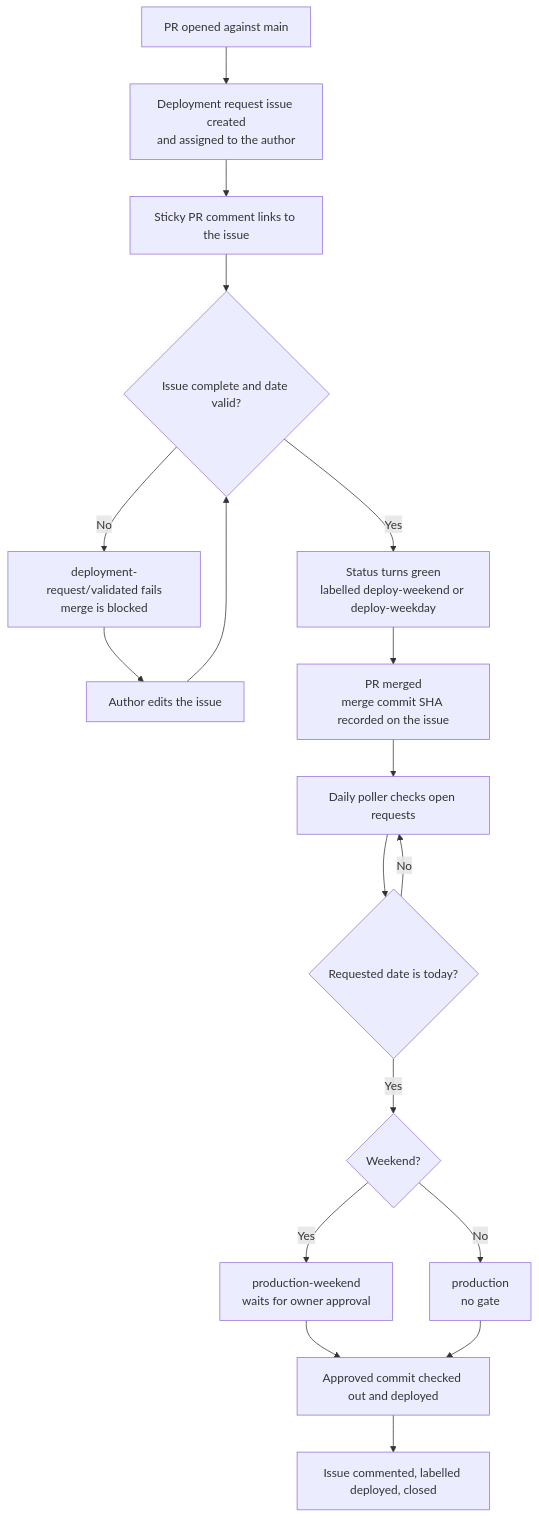
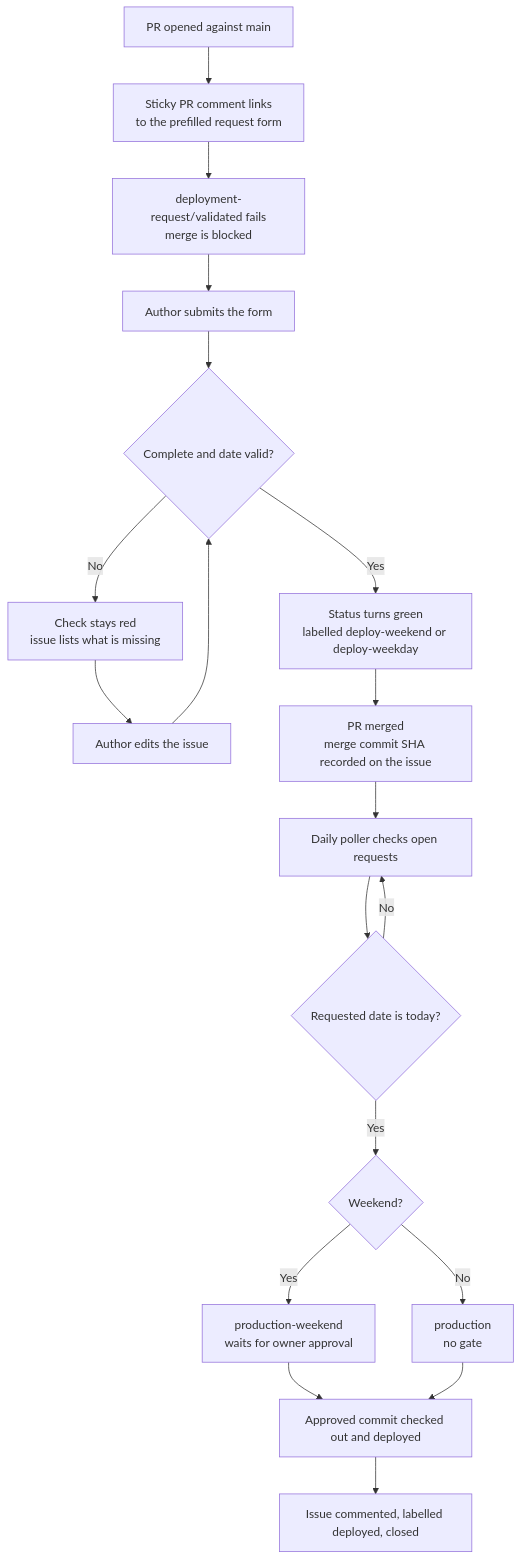
The diagram in README.md (aiturralde/DeferredDeployments), drawn with Mermaid before and after one commit. The commit also changed other lines of this file and 2 other files, not shown here.

Commit message:
Link the PR straight to the deployment request form
The workflow no longer creates the tracking issue up front. Auto-creating it meant the author never saw the issue form, only a pre-rendered body, and the form link was buried in small text at the bottom of the bot comment.

Now the sticky comment leads with the prefilled form link, and the failing check's target_url points at the form too, so Details goes straight there.

Also fixes a duplicate-issue bug: the lookup only considered open issues, so closing a request before merging the PR caused a second one to be created. It now searches all states and reopens a request that was closed before it deployed.

````diff
--- a/README.md
+++ b/README.md
@@ -16,20 +16,21 @@
 ```mermaid
 flowchart TD
-    A[PR opened against main] --> B[Deployment request issue created<br/>and assigned to the author]
-    B --> C[Sticky PR comment links to the issue]
-    C --> D{Issue complete and date valid?}
-    D -- No --> E[deployment-request/validated fails<br/>merge is blocked]
-    E --> F[Author edits the issue]
-    F --> D
-    D -- Yes --> G[Status turns green<br/>labelled deploy-weekend or deploy-weekday]
-    G --> H[PR merged<br/>merge commit SHA recorded on the issue]
-    H --> I[Daily poller checks open requests]
-    I --> J{Requested date is today?}
-    J -- No --> I
-    J -- Yes --> K{Weekend?}
-    K -- Yes --> L[production-weekend<br/>waits for owner approval]
-    K -- No --> M[production<br/>no gate]
-    L --> N[Approved commit checked out and deployed]
-    M --> N
-    N --> O[Issue commented, labelled deployed, closed]
+    A[PR opened against main] --> B[Sticky PR comment links<br/>to the prefilled request form]
+    B --> C[deployment-request/validated fails<br/>merge is blocked]
+    C --> D[Author submits the form]
+    D --> E{Complete and date valid?}
+    E -- No --> F[Check stays red<br/>issue lists what is missing]
+    F --> G[Author edits the issue]
+    G --> E
+    E -- Yes --> H[Status turns green<br/>labelled deploy-weekend or deploy-weekday]
+    H --> I[PR merged<br/>merge commit SHA recorded on the issue]
+    I --> J[Daily poller checks open requests]
+    J --> K{Requested date is today?}
+    K -- No --> J
+    K -- Yes --> L{Weekend?}
+    L -- Yes --> M[production-weekend<br/>waits for owner approval]
+    L -- No --> N[production<br/>no gate]
+    M --> O[Approved commit checked out and deployed]
+    N --> O
+    O --> P[Issue commented, labelled deployed, closed]
 ```
````
